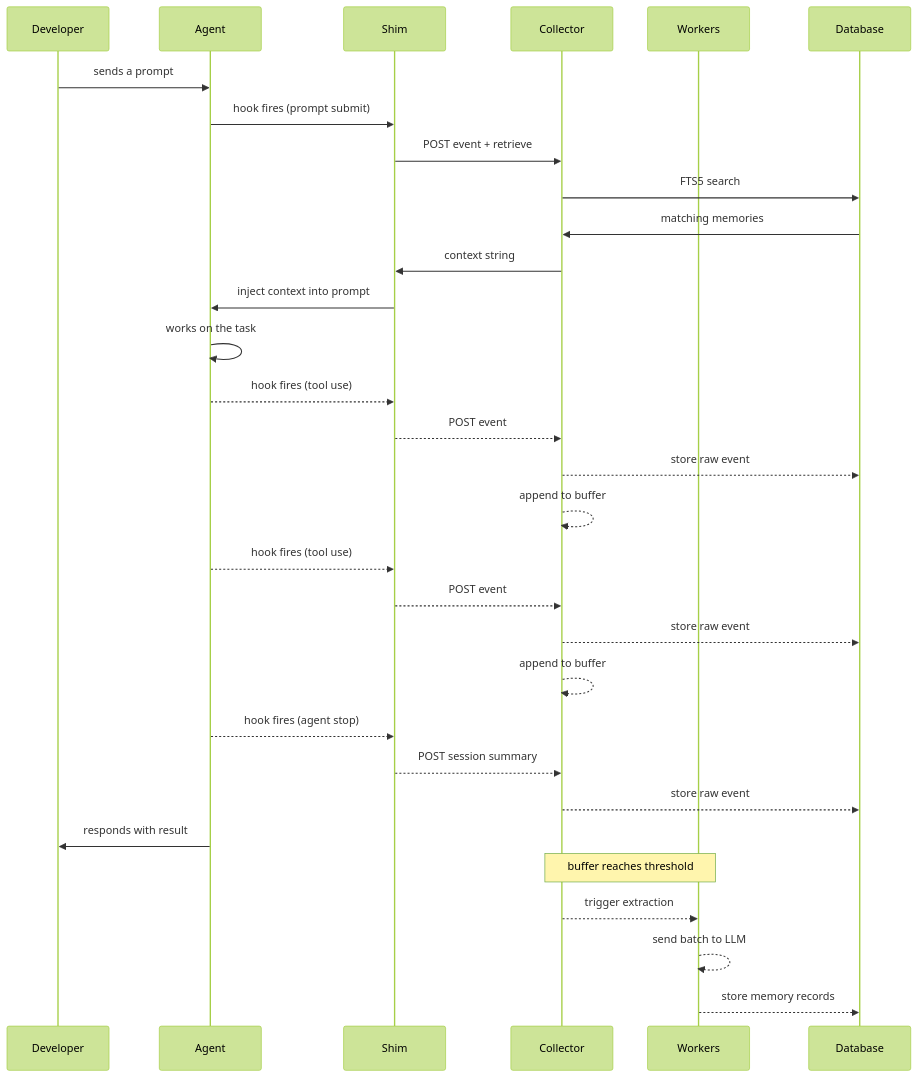
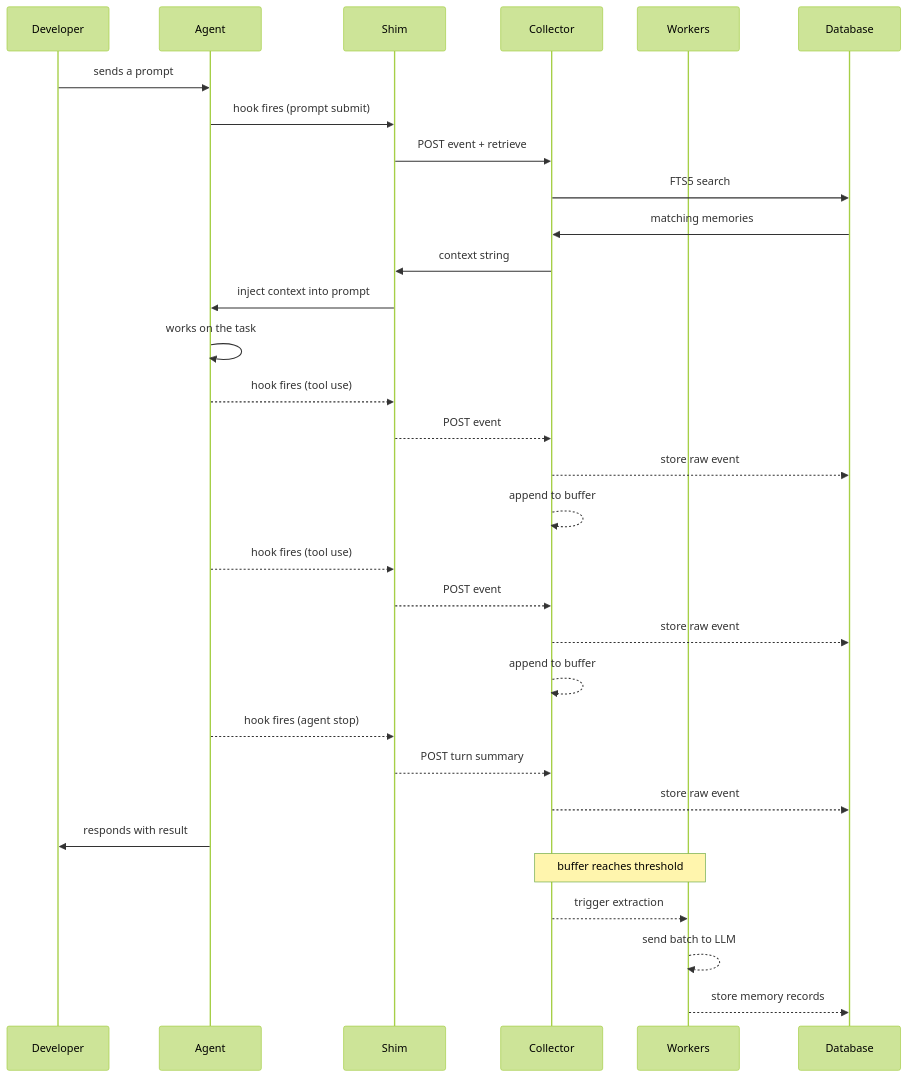
One commit to brendangeck/kiro-learn changed the second of 2 diagrams in docs/architecture/overview.mdx. Above: the diagram before and after it, drawn with Mermaid (forest theme). The commit also changed other lines of this file and 46 other files, not shown here.

````diff
--- a/docs/architecture/overview.mdx
+++ b/docs/architecture/overview.mdx
@@ -39,40 +39,40 @@
 ```mermaid
 sequenceDiagram
     participant Developer
     participant Agent
     participant Shim
     participant Collector
     participant Workers
     participant Database
 
     Developer->>Agent: sends a prompt
     Agent->>Shim: hook fires (prompt submit)
     Shim->>Collector: POST event + retrieve
     Collector->>Database: FTS5 search
     Database->>Collector: matching memories
     Collector->>Shim: context string
     Shim->>Agent: inject context into prompt
 
     Agent->>Agent: works on the task
     Agent-->>Shim: hook fires (tool use)
     Shim-->>Collector: POST event
     Collector-->>Database: store raw event
     Collector-->>Collector: append to buffer
 
     Agent-->>Shim: hook fires (tool use)
     Shim-->>Collector: POST event
     Collector-->>Database: store raw event
     Collector-->>Collector: append to buffer
 
     Agent-->>Shim: hook fires (agent stop)
-    Shim-->>Collector: POST session summary
+    Shim-->>Collector: POST turn summary
     Collector-->>Database: store raw event
 
     Agent->>Developer: responds with result
 
     Note over Collector,Workers: buffer reaches threshold
 
     Collector-->>Workers: trigger extraction
     Workers-->>Workers: send batch to LLM
     Workers-->>Database: store memory records
 ```
````
